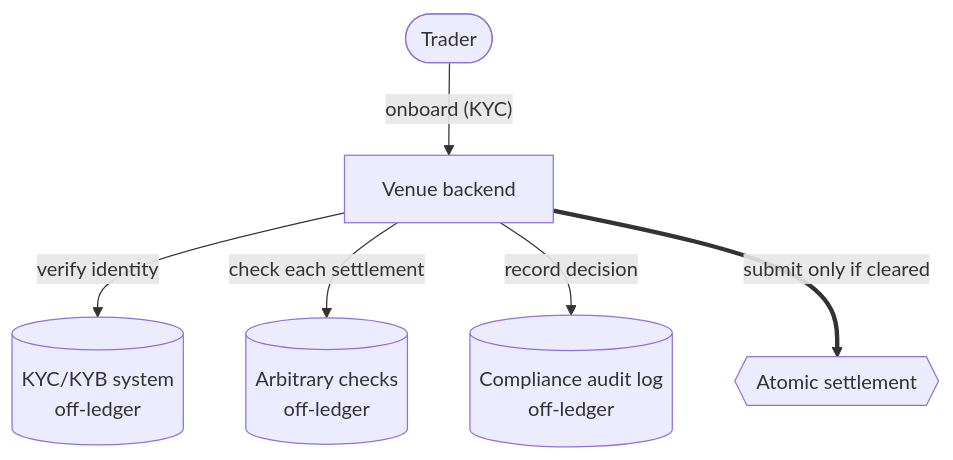
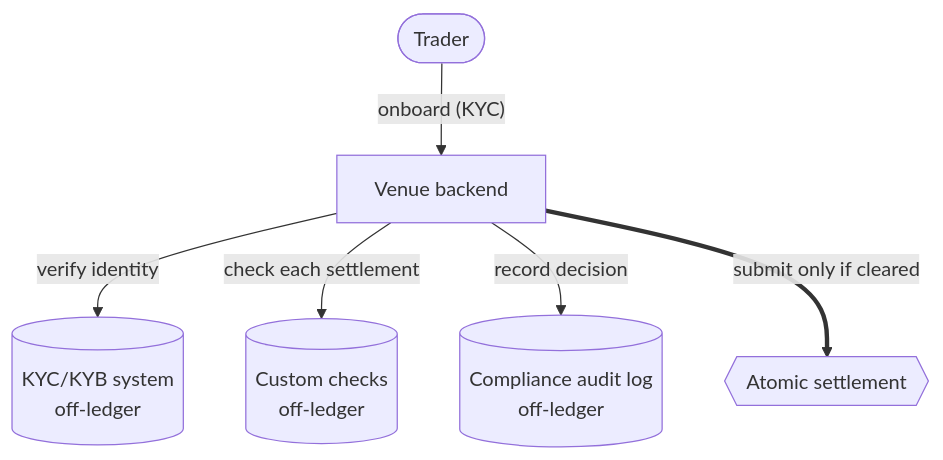
Before and after one commit to OpenZeppelin/canton-specs: the first of 4 diagrams in docs/reference-architectures/dex.md, drawn with Mermaid. The commit also changed other lines of this file, not shown here.

````diff
--- a/docs/reference-architectures/dex.md
+++ b/docs/reference-architectures/dex.md
@@ -307,15 +318,15 @@
 ```mermaid
 flowchart TD
     Trader([Trader])
     Backend["Venue backend"]
     Kyb[("KYC/KYB system<br/>off-ledger")]
-    Checks[("Arbitrary checks<br/>off-ledger")]
+    Checks[("Custom checks<br/>off-ledger")]
     Log[("Compliance audit log<br/>off-ledger")]
     Settle{{Atomic settlement}}
 
     Trader -->|"onboard (KYC)"| Backend
     Backend -->|"verify identity"| Kyb
     Backend -->|"check each settlement"| Checks
     Backend -->|"record decision"| Log
     Backend ==>|"submit only if cleared"| Settle
 ```
````
